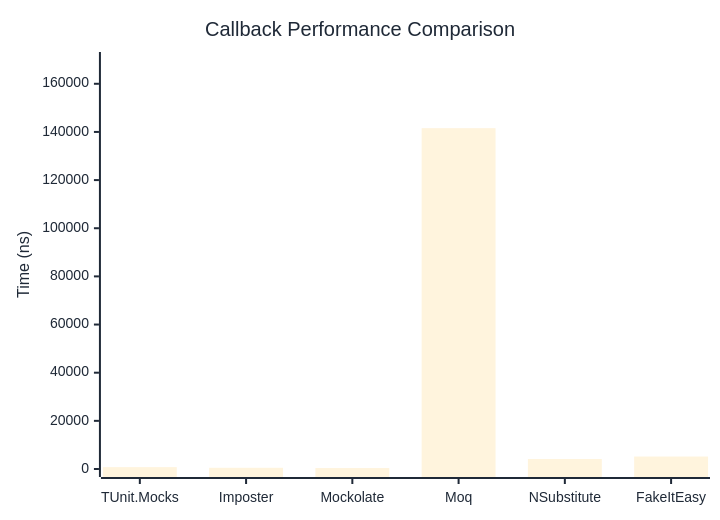
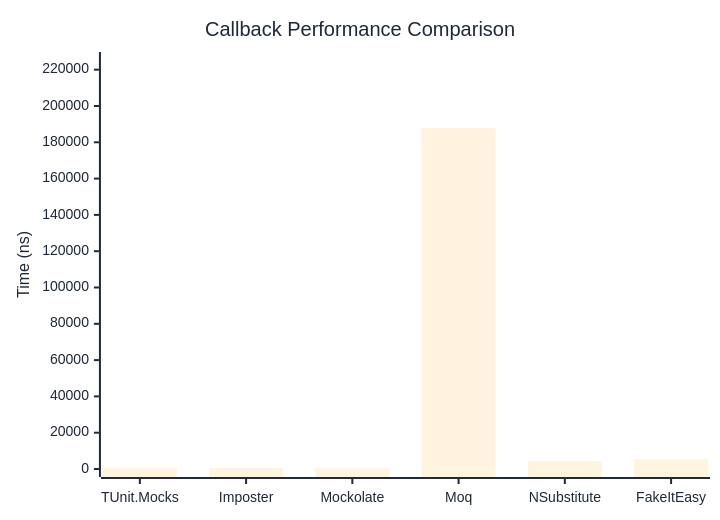
One commit to thomhurst/TUnit changed the first of 2 diagrams in docs/docs/benchmarks/mocks/Callback.md. Above: the diagram before and after it, drawn with Mermaid. The commit also changed other lines of this file and 14 other files, not shown here.

````diff
--- a/docs/docs/benchmarks/mocks/Callback.md
+++ b/docs/docs/benchmarks/mocks/Callback.md
@@ -30,27 +30,27 @@
 ```mermaid
 %%{init: {
   'theme':'base',
   'themeVariables': {
     'primaryColor': '#2563eb',
     'primaryTextColor': '#1f2937',
     'primaryBorderColor': '#1e40af',
     'lineColor': '#6b7280',
     'secondaryColor': '#7c3aed',
     'tertiaryColor': '#dc2626',
     'background': '#ffffff',
     'pie1': '#2563eb',
     'pie2': '#7c3aed',
     'pie3': '#dc2626',
     'pie4': '#f59e0b',
     'pie5': '#10b981',
     'pie6': '#06b6d4',
     'pie7': '#ec4899',
     'pie8': '#6366f1'
   }
 }}%%
 xychart-beta
   title "Callback Performance Comparison"
   x-axis ["TUnit.Mocks", "Imposter", "Mockolate", "Moq", "NSubstitute", "FakeItEasy"]
-  y-axis "Time (ns)" 0 --> 169876
-  bar [771.8, 497.5, 398.5, 141563.2, 4143.9, 5182.6]
+  y-axis "Time (ns)" 0 --> 225332
+  bar [723.9, 503, 391.9, 187776.1, 4436, 5340.7]
 ```
````
